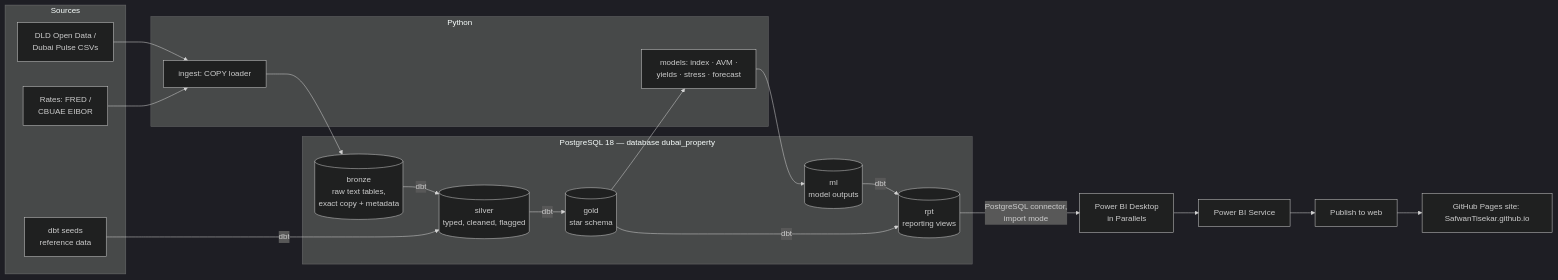
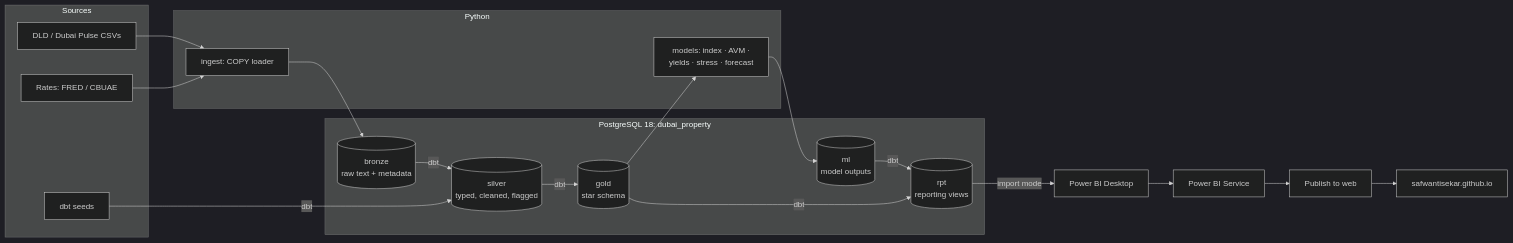
One commit to SafwanTisekar/dubai-property-analytics changed the diagram in docs/03-architecture.md. Above: the diagram before and after it, drawn with Mermaid (dark theme). The commit also changed other lines of this file and 66 other files, not shown here.

````diff
--- a/docs/03-architecture.md
+++ b/docs/03-architecture.md
@@ -13,28 +17,28 @@
 ```mermaid
 flowchart LR
     subgraph Sources
-        K[DLD Open Data /<br/>Dubai Pulse CSVs]
-        F[Rates: FRED /<br/>CBUAE EIBOR]
-        S[dbt seeds<br/>reference data]
+        K[DLD / Dubai Pulse CSVs]
+        F[Rates: FRED / CBUAE]
+        S[dbt seeds]
     end
-    subgraph PG["PostgreSQL 18 — database dubai_property"]
-        B[(bronze<br/>raw text tables,<br/>exact copy + metadata)]
+    subgraph PG["PostgreSQL 18: dubai_property"]
+        B[(bronze<br/>raw text + metadata)]
         SV[(silver<br/>typed, cleaned, flagged)]
         G[(gold<br/>star schema)]
         ML[(ml<br/>model outputs)]
         RPT[(rpt<br/>reporting views)]
     end
     subgraph Python
         I[ingest: COPY loader]
         M[models: index · AVM ·<br/>yields · stress · forecast]
     end
     K --> I --> B
     F --> I
     B -->|dbt| SV -->|dbt| G
     S -->|dbt| SV
     G --> M --> ML
     G -->|dbt| RPT
     ML -->|dbt| RPT
-    RPT -->|PostgreSQL connector,<br/>import mode| PBID[Power BI Desktop<br/>in Parallels]
-    PBID --> PBIS[Power BI Service] --> W[Publish to web] --> Site[GitHub Pages site: SafwanTisekar.github.io]
+    RPT -->|import mode| PBID[Power BI Desktop]
+    PBID --> PBIS[Power BI Service] --> W[Publish to web] --> Site[safwantisekar.github.io]
 ```
````
